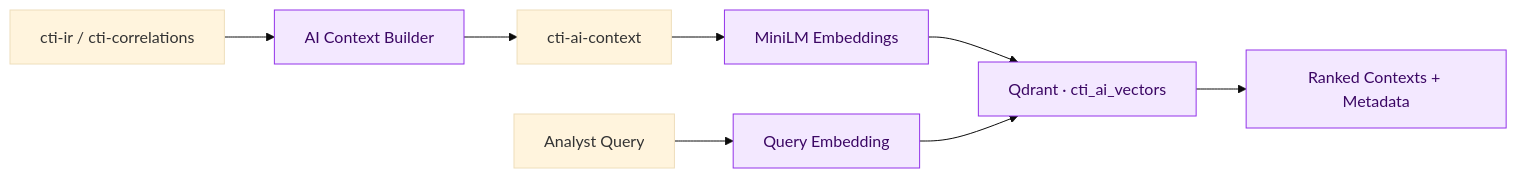
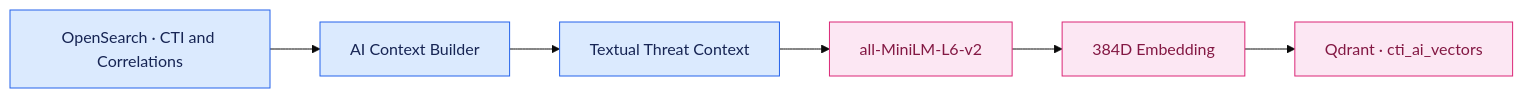
The second of 3 diagrams in README.md (aminemaouhoub1312/ShadowScope-AM), drawn with Mermaid (base theme) before and after one commit. The commit also changed other lines of this file, not shown here.

````diff
--- a/README.md
+++ b/README.md
@@ -258,12 +324,12 @@
 ```mermaid
 flowchart LR
-  A["cti-ir / cti-correlations"] --> B["AI Context Builder"]
-  B --> C["cti-ai-context"]
-  C --> D["MiniLM Embeddings"]
-  D --> E["Qdrant · cti_ai_vectors"]
-  F["Analyst Query"] --> G["Query Embedding"]
-  G --> E
-  E --> H["Ranked Contexts + Metadata"]
-  classDef vector fill:#F3E8FF,stroke:#9333EA,color:#3B0764;
-  class B,D,E,G,H vector;
+    A["OpenSearch · CTI and Correlations"] --> B["AI Context Builder"]
+    B --> C["Textual Threat Context"]
+    C --> D["all-MiniLM-L6-v2"]
+    D --> E["384D Embedding"]
+    E --> F["Qdrant · cti_ai_vectors"]
+    classDef data fill:#DBEAFE,stroke:#2563EB,color:#172554;
+    classDef vector fill:#FCE7F3,stroke:#DB2777,color:#831843;
+    class A,B,C data;
+    class D,E,F vector;
 ```
````
